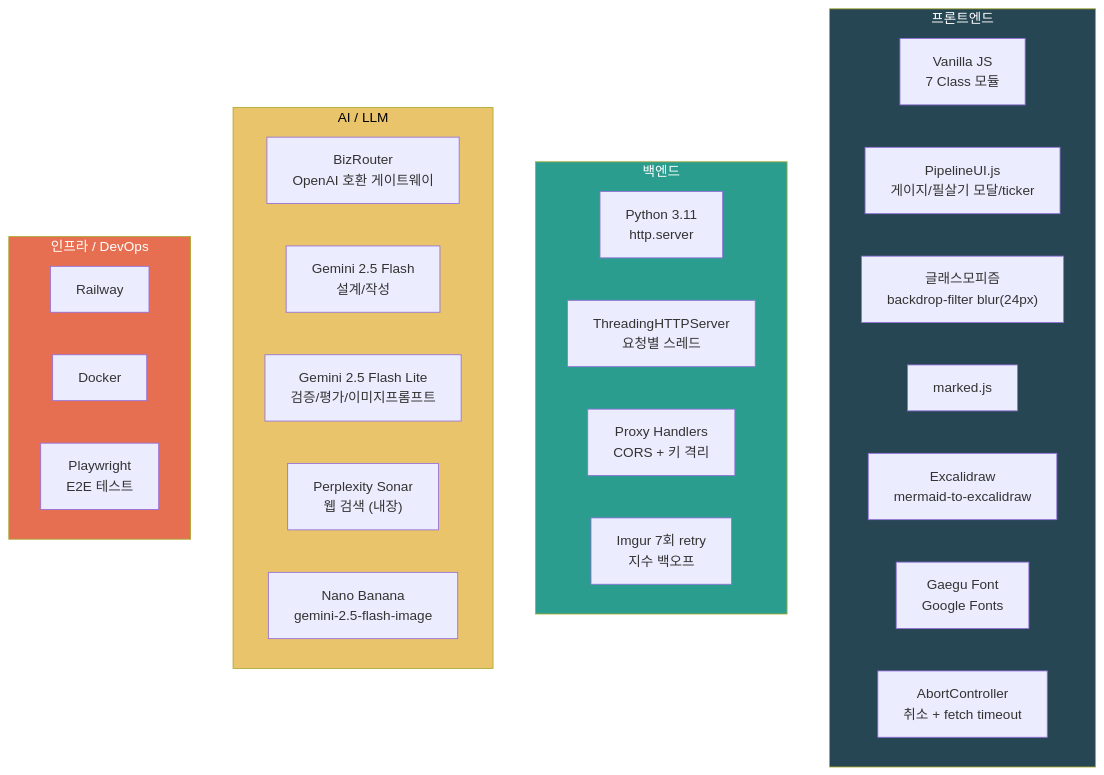
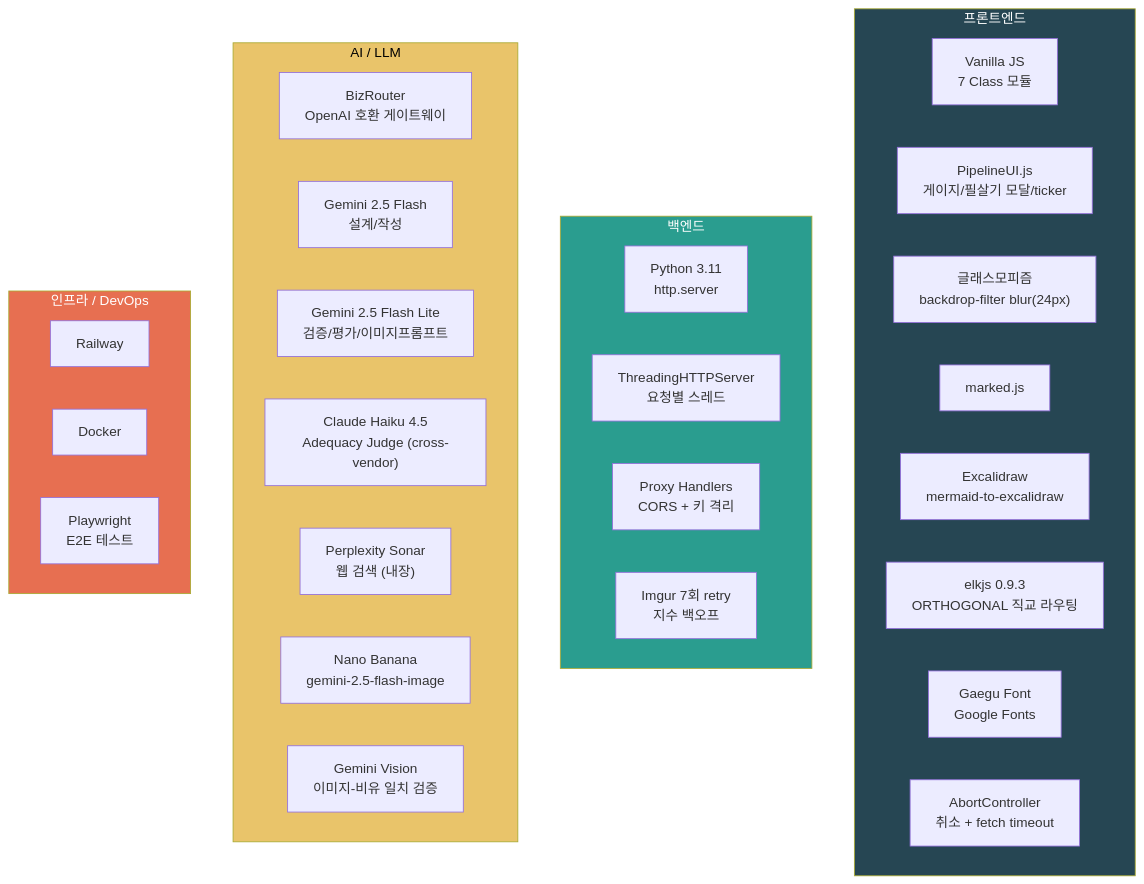
Before and after one commit to Technoetic/blog-generator: the seventh of 11 diagrams in README.md, drawn with Mermaid. The commit also changed other lines of this file, not shown here.

First line of the commit message:
docs: README 최신화 — 7-Agent + Adequacy Judge + elkjs + 신뢰성 게이트 보강

````diff
--- a/README.md
+++ b/README.md
@@ -355,38 +382,41 @@
 ```mermaid
 graph TD
     subgraph frontend["프론트엔드"]
         VJS["Vanilla JS<br/>7 Class 모듈"]
         UI_MGR["PipelineUI.js<br/>게이지/필살기 모달/ticker"]
         GLASS["글래스모피즘<br/>backdrop-filter blur(24px)"]
         MARKED["marked.js"]
         EXCAL["Excalidraw<br/>mermaid-to-excalidraw"]
+        ELK["elkjs 0.9.3<br/>ORTHOGONAL 직교 라우팅"]
         GAEGU["Gaegu Font<br/>Google Fonts"]
         ABORT["AbortController<br/>취소 + fetch timeout"]
     end
 
     subgraph backendStack["백엔드"]
         PY["Python 3.11<br/>http.server"]
         THR["ThreadingHTTPServer<br/>요청별 스레드"]
         PROXY["Proxy Handlers<br/>CORS + 키 격리"]
         IMGRTR["Imgur 7회 retry<br/>지수 백오프"]
     end
 
     subgraph aiStack["AI / LLM"]
         BIZ["BizRouter<br/>OpenAI 호환 게이트웨이"]
         GM2["Gemini 2.5 Flash<br/>설계/작성"]
         GM["Gemini 2.5 Flash Lite<br/>검증/평가/이미지프롬프트"]
+        CLAUDE["Claude Haiku 4.5<br/>Adequacy Judge (cross-vendor)"]
         SONAR["Perplexity Sonar<br/>웹 검색 (내장)"]
         NB["Nano Banana<br/>gemini-2.5-flash-image"]
+        VISION["Gemini Vision<br/>이미지-비유 일치 검증"]
     end
 
     subgraph infra["인프라 / DevOps"]
         RAIL["Railway"]
         DOCK["Docker"]
         PW["Playwright<br/>E2E 테스트"]
     end
 
     style frontend fill:#264653,color:#fff
     style backendStack fill:#2a9d8f,color:#fff
     style aiStack fill:#e9c46a,color:#000
     style infra fill:#e76f51,color:#fff
 ```
````
